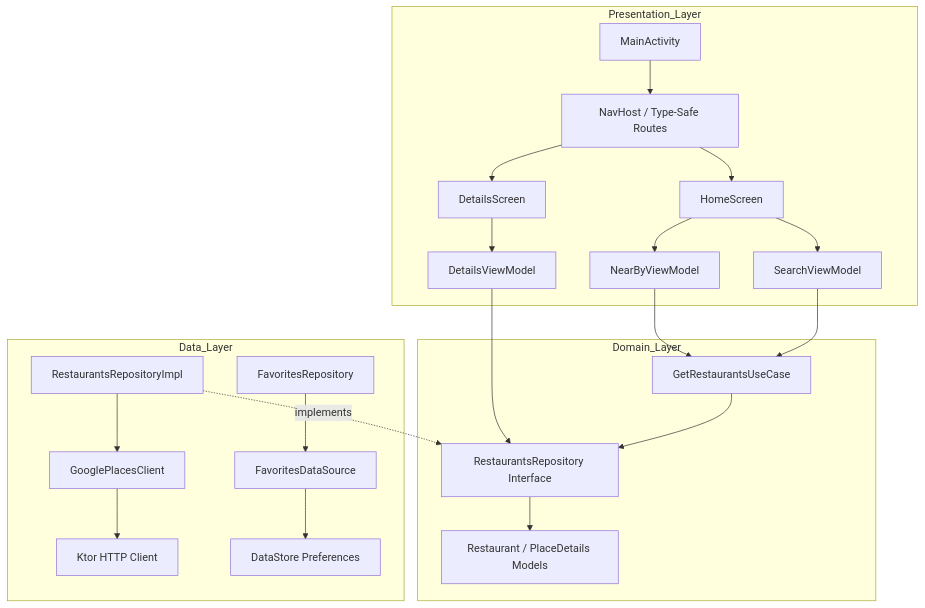
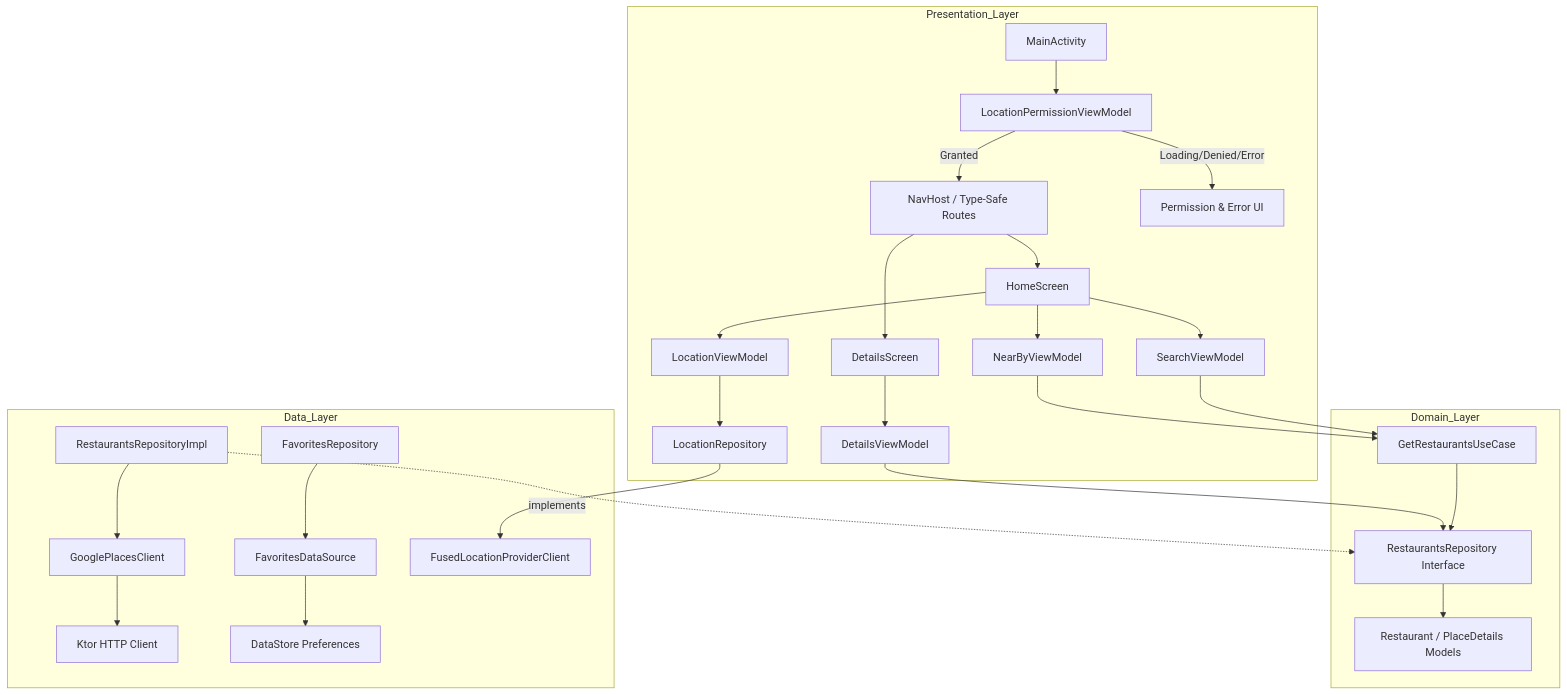
One commit to sergenes/restaurantdiscovery changed the diagram in README.md. Above: the diagram before and after it, drawn with Mermaid. The commit also changed other lines of this file, not shown here.

````diff
--- a/README.md
+++ b/README.md
@@ -93,27 +100,33 @@
 ```mermaid
 graph TD
     subgraph Presentation_Layer
-        MA[MainActivity] --> NavHost[NavHost / Type-Safe Routes]
+        MA[MainActivity] --> PVM[LocationPermissionViewModel]
+        PVM -- Granted --> NavHost[NavHost / Type-Safe Routes]
+        PVM -- Loading/Denied/Error --> PermUI[Permission & Error UI]
         NavHost --> HS[HomeScreen]
         NavHost --> DS[DetailsScreen]
+        HS --> LVM[LocationViewModel]
         HS --> VM1[NearByViewModel]
         HS --> VM2[SearchViewModel]
         DS --> VM3[DetailsViewModel]
+        LVM --> LR[LocationRepository]
     end
 
     subgraph Domain_Layer
         VM1 & VM2 --> UC[GetRestaurantsUseCase]
         VM3 --> Repo
         UC --> Repo[RestaurantsRepository Interface]
         Repo --> Model[Restaurant / PlaceDetails Models]
     end
 
     subgraph Data_Layer
         RepoImpl[RestaurantsRepositoryImpl] -. implements .-> Repo
         RepoImpl --> GPC[GooglePlacesClient]
         GPC --> Ktor[Ktor HTTP Client]
-        
+
         FavRepo[FavoritesRepository] --> FDS[FavoritesDataSource]
         FDS --> DS_Prefs[DataStore Preferences]
+
+        LR --> FLP[FusedLocationProviderClient]
     end
 ```
````
